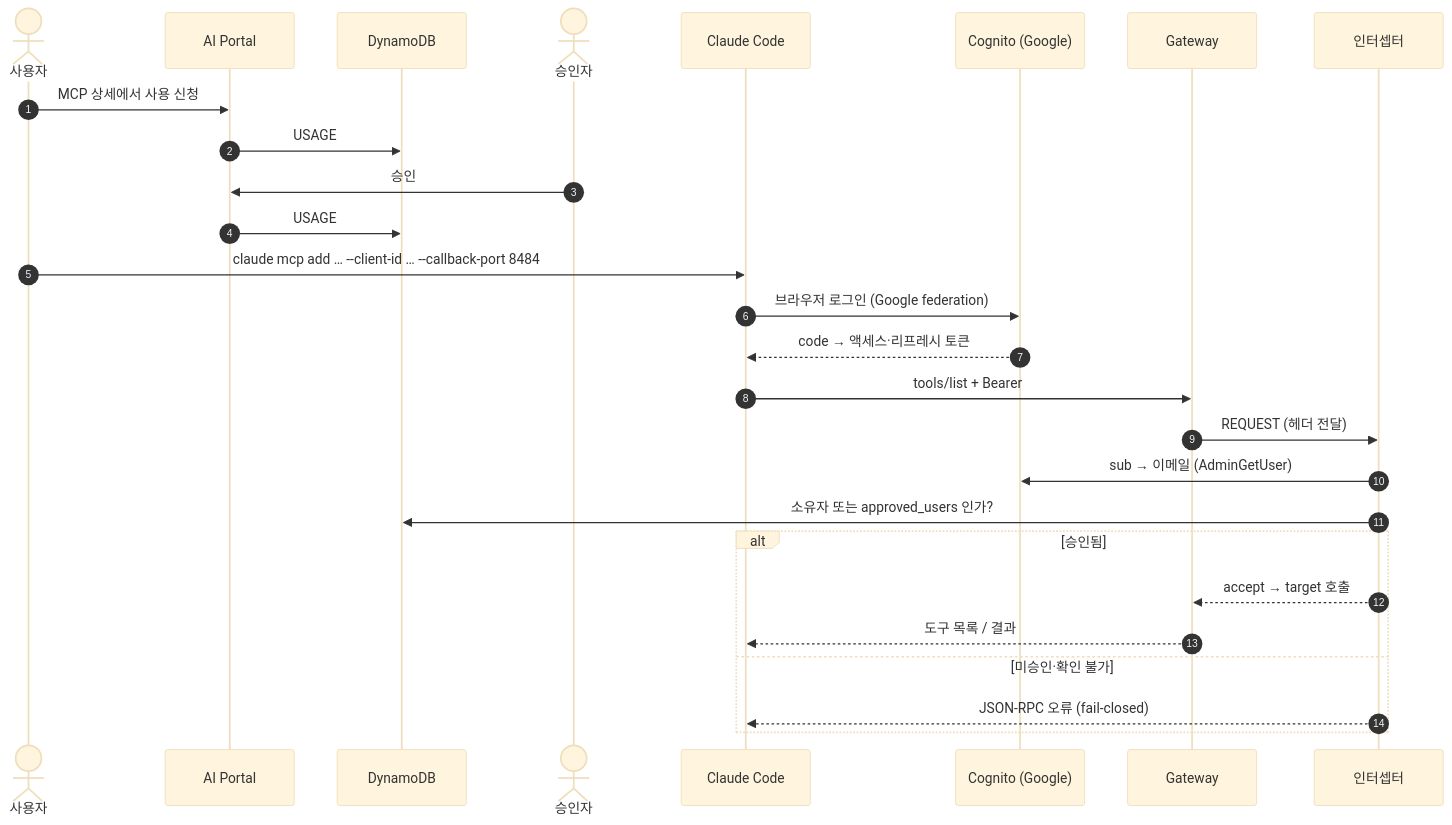
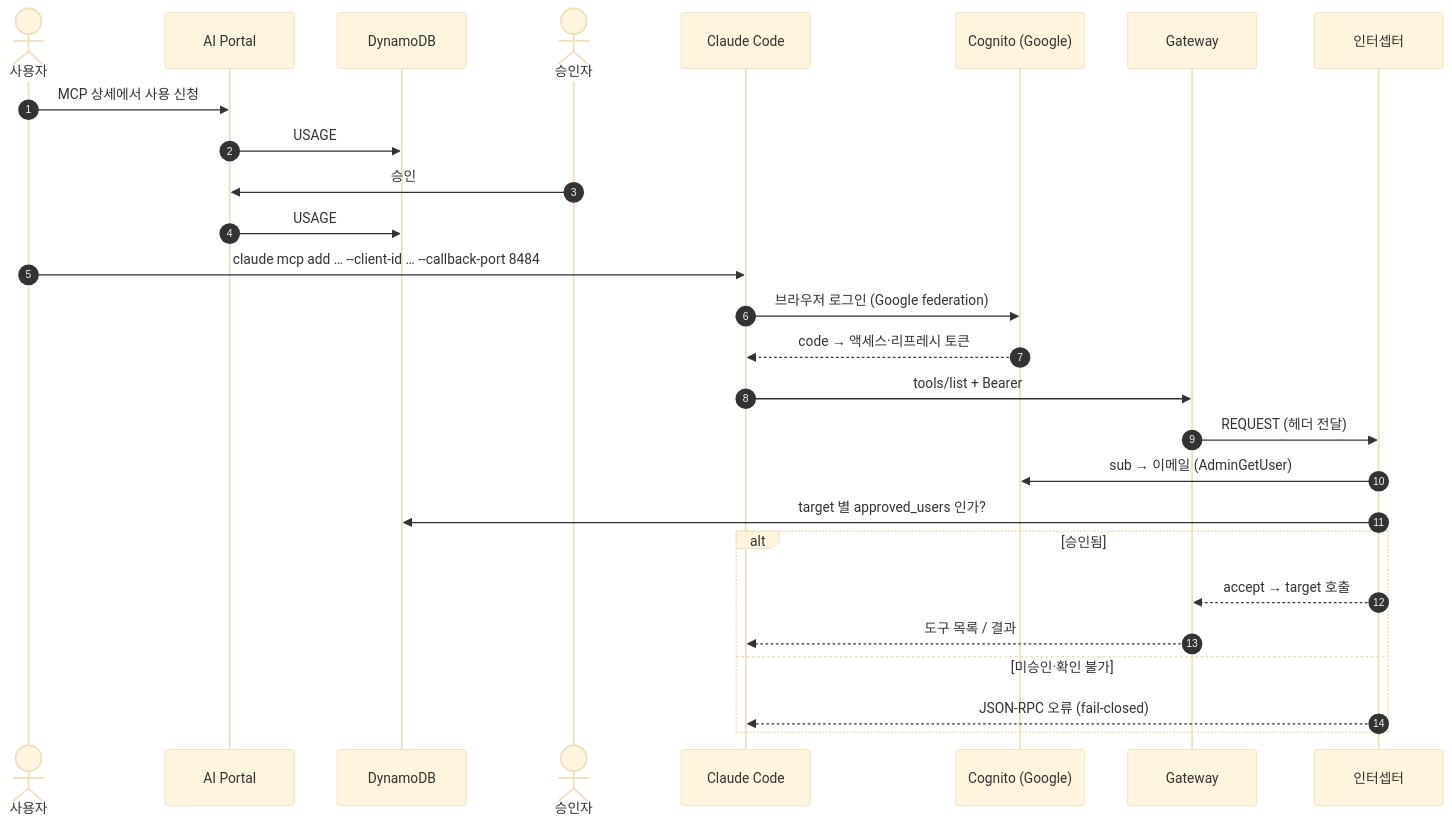
Before and after one commit to kyopark2014/ai-portal: the second of 2 diagrams in README.md, drawn with Mermaid (base theme). The commit also changed other lines of this file and 24 other files, not shown here.

````diff
--- a/README.md
+++ b/README.md
@@ -96,30 +100,30 @@
 ```mermaid
 sequenceDiagram
   autonumber
   actor U as 사용자
   participant P as AI Portal
   participant D as DynamoDB
   actor A as 승인자
   participant C as Claude Code
   participant G as Cognito (Google)
   participant W as Gateway
   participant I as 인터셉터
 
   U->>P: MCP 상세에서 사용 신청
   P->>D: USAGE# 기록 (PENDING)
   A->>P: 승인
   P->>D: USAGE# APPROVED + MCP 항목 approved_users 갱신
   U->>C: claude mcp add … --client-id … --callback-port 8484
   C->>G: 브라우저 로그인 (Google federation)
   G-->>C: code → 액세스·리프레시 토큰
   C->>W: tools/list + Bearer
   W->>I: REQUEST (헤더 전달)
   I->>G: sub → 이메일 (AdminGetUser)
-  I->>D: 소유자 또는 approved_users 인가?
+  I->>D: target 별 approved_users 인가?
   alt 승인됨
     I-->>W: accept → target 호출
     W-->>C: 도구 목록 / 결과
   else 미승인·확인 불가
     I-->>C: JSON-RPC 오류 (fail-closed)
   end
 ```
````
